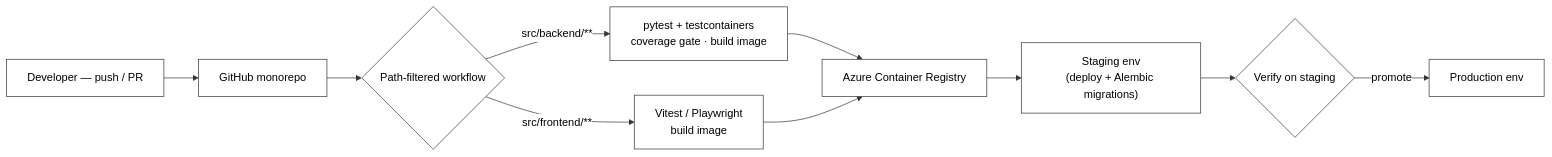
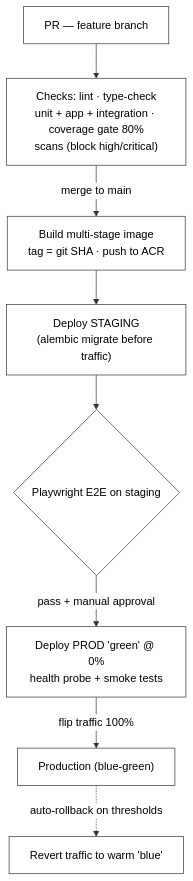
One commit to gweedo/allarounder changed the fourth of 4 diagrams in docs/architecture/TECH-SPEC.md. Above: the diagram before and after it, drawn with Mermaid. The commit also changed other lines of this file and 49 other files, not shown here.

````diff
--- a/docs/architecture/TECH-SPEC.md
+++ b/docs/architecture/TECH-SPEC.md
@@ -222,13 +235,11 @@
 ```mermaid
 %%{init: {'theme':'base', 'themeVariables': {'primaryColor':'#ffffff','primaryBorderColor':'#333333','primaryTextColor':'#000000','lineColor':'#333333','clusterBkg':'#ffffff','clusterBorder':'#999999','fontFamily':'sans-serif'}}}%%
-flowchart LR
-    Dev["Developer — push / PR"] --> GH["GitHub monorepo"]
-    GH --> WF{"Path-filtered workflow"}
-    WF -- "src/backend/**" --> CIB["pytest + testcontainers<br/>coverage gate · build image"]
-    WF -- "src/frontend/**" --> CIF["Vitest / Playwright<br/>build image"]
-    CIB --> ACR["Azure Container Registry"]
-    CIF --> ACR
-    ACR --> STG["Staging env<br/>(deploy + Alembic migrations)"]
-    STG --> V{"Verify on staging"}
-    V -- "promote" --> PROD["Production env"]
+flowchart TD
+    PR["PR — feature branch"] --> CHK["Checks: lint · type-check<br/>unit + app + integration · coverage gate 80%<br/>scans (block high/critical)"]
+    CHK -->|"merge to main"| BUILD["Build multi-stage image<br/>tag = git SHA · push to ACR"]
+    BUILD --> STG["Deploy STAGING<br/>(alembic migrate before traffic)"]
+    STG --> E2E{"Playwright E2E on staging"}
+    E2E -->|"pass + manual approval"| GREEN["Deploy PROD 'green' @ 0%<br/>health probe + smoke tests"]
+    GREEN -->|"flip traffic 100%"| PROD["Production (blue-green)"]
+    PROD -. "auto-rollback on thresholds" .-> BLUE["Revert traffic to warm 'blue'"]
 ```
````
